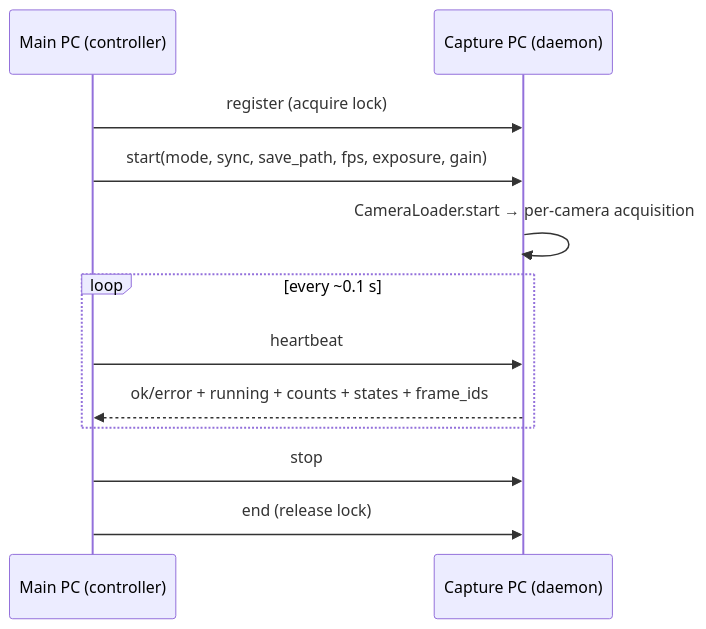
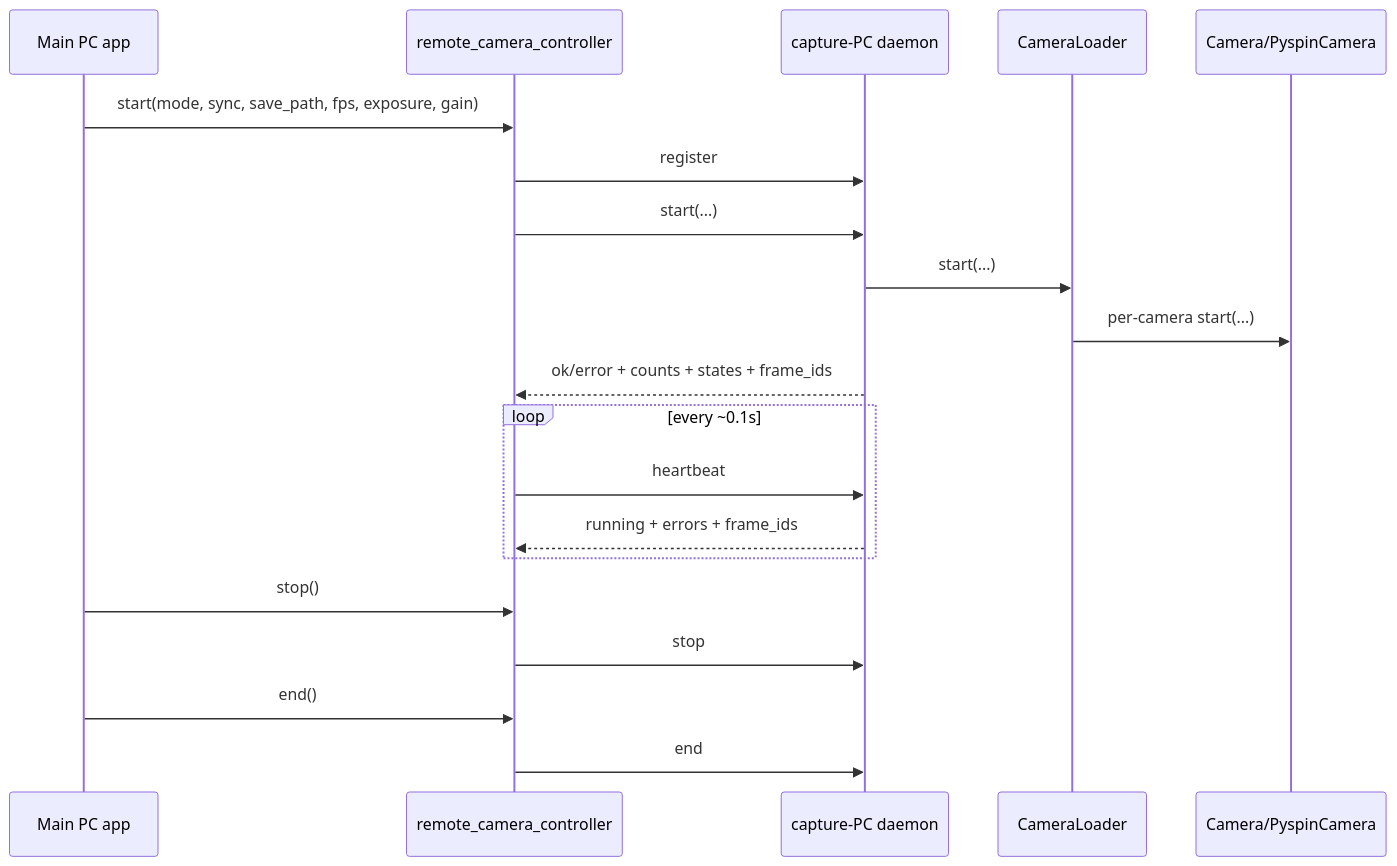
One commit to willi19/paradex changed the first of 2 diagrams in docs/camera_system.md. Above: the diagram before and after it, drawn with Mermaid. The commit also changed other lines of this file and 175 other files, not shown here.

````diff
--- a/docs/camera_system.md
+++ b/docs/camera_system.md
@@ -65,14 +81,23 @@
 ```{mermaid}
 sequenceDiagram
-    participant M as Main PC (controller)
-    participant D as Capture PC (daemon)
-    M->>D: register (acquire lock)
-    M->>D: start(mode, sync, save_path, fps, exposure, gain)
-    D->>D: CameraLoader.start → per-camera acquisition
-    loop every ~0.1 s
-      M->>D: heartbeat
-      D-->>M: ok/error + running + counts + states + frame_ids
+    participant App as Main PC app
+    participant RCC as remote_camera_controller
+    participant D as capture-PC daemon
+    participant CL as CameraLoader
+    participant C as Camera/PyspinCamera
+
+    App->>RCC: start(mode, sync, save_path, fps, exposure, gain)
+    RCC->>D: register
+    RCC->>D: start(...)
+    D->>CL: start(...)
+    CL->>C: per-camera start(...)
+    D-->>RCC: ok/error + counts + states + frame_ids
+    loop every ~0.1s
+      RCC->>D: heartbeat
+      D-->>RCC: running + errors + frame_ids
     end
-    M->>D: stop
-    M->>D: end (release lock)
+    App->>RCC: stop()
+    RCC->>D: stop
+    App->>RCC: end()
+    RCC->>D: end
 ```
````
